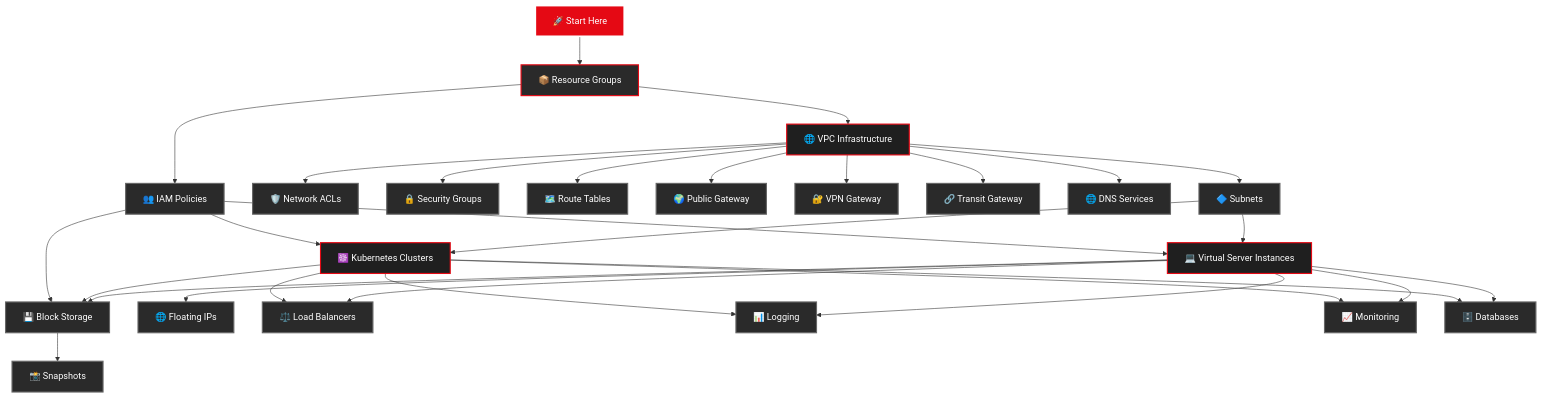
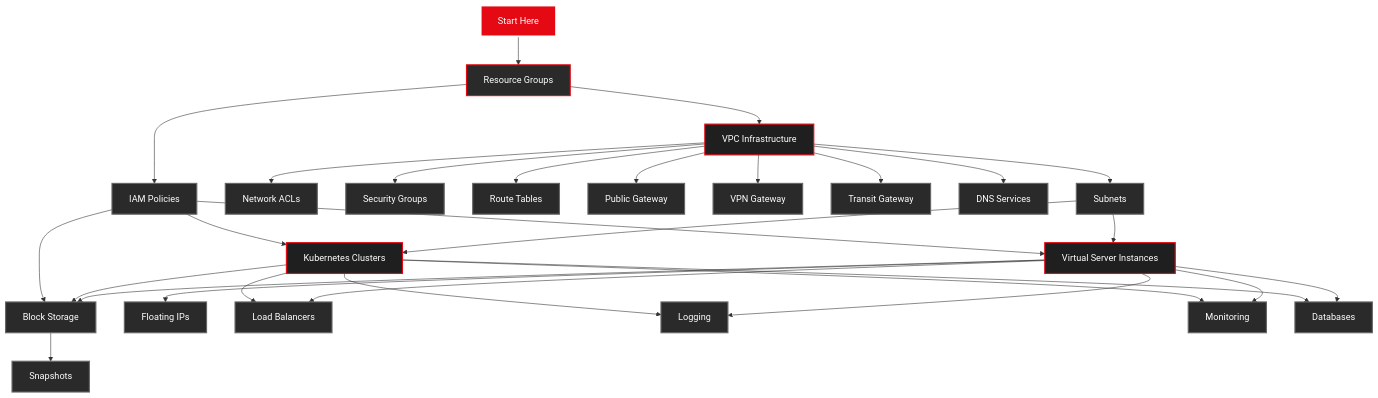
The first of 2 diagrams in docs-website/docs/index.md (Khuzaima05/landing-zone-detailed), drawn with Mermaid before and after one commit.

Commit message:
fix: Remove emojis from Mermaid diagram to resolve syntax error
- Removed all emojis from node labels (causing Mermaid syntax errors)
- Simplified node labels to plain text for compatibility
- Mermaid diagrams don't handle emoji characters well
- Tree structure and links remain intact

````diff
--- a/docs-website/docs/index.md
+++ b/docs-website/docs/index.md
@@ -44,42 +44,42 @@
 ```mermaid
 graph TD
-    START[🚀 Start Here] --> RG[📦 Resource Groups]
+    START[Start Here] --> RG[Resource Groups]
     
-    RG --> VPC[🌐 VPC Infrastructure]
+    RG --> VPC[VPC Infrastructure]
     
-    VPC --> SUBNET[🔷 Subnets]
-    VPC --> ACL[🛡️ Network ACLs]
-    VPC --> SG[🔒 Security Groups]
-    VPC --> RT[🗺️ Route Tables]
-    VPC --> PGW[🌍 Public Gateway]
+    VPC --> SUBNET[Subnets]
+    VPC --> ACL[Network ACLs]
+    VPC --> SG[Security Groups]
+    VPC --> RT[Route Tables]
+    VPC --> PGW[Public Gateway]
     
-    SUBNET --> VSI[💻 Virtual Server Instances]
-    SUBNET --> K8S[☸️ Kubernetes Clusters]
+    SUBNET --> VSI[Virtual Server Instances]
+    SUBNET --> K8S[Kubernetes Clusters]
     
-    VSI --> STORAGE[💾 Block Storage]
-    VSI --> FIP[🌐 Floating IPs]
-    VSI --> LB[⚖️ Load Balancers]
+    VSI --> STORAGE[Block Storage]
+    VSI --> FIP[Floating IPs]
+    VSI --> LB[Load Balancers]
     
     K8S --> STORAGE
     K8S --> LB
     
-    VPC --> VPN[🔐 VPN Gateway]
-    VPC --> TGW[🔗 Transit Gateway]
-    VPC --> DNS[🌐 DNS Services]
+    VPC --> VPN[VPN Gateway]
+    VPC --> TGW[Transit Gateway]
+    VPC --> DNS[DNS Services]
     
-    STORAGE --> SNAP[📸 Snapshots]
+    STORAGE --> SNAP[Snapshots]
     
-    VSI --> LOG[📊 Logging]
-    VSI --> MON[📈 Monitoring]
+    VSI --> LOG[Logging]
+    VSI --> MON[Monitoring]
     K8S --> LOG
     K8S --> MON
     
-    RG --> IAM[👥 IAM Policies]
+    RG --> IAM[IAM Policies]
     IAM --> VSI
     IAM --> K8S
     IAM --> STORAGE
     
-    VSI --> DB[🗄️ Databases]
+    VSI --> DB[Databases]
     K8S --> DB
     
     click RG "resource-management/" "Resource Management Documentation"
````
